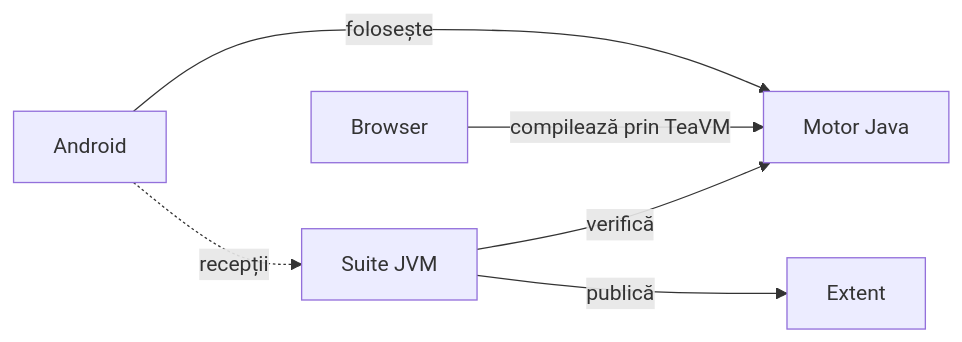
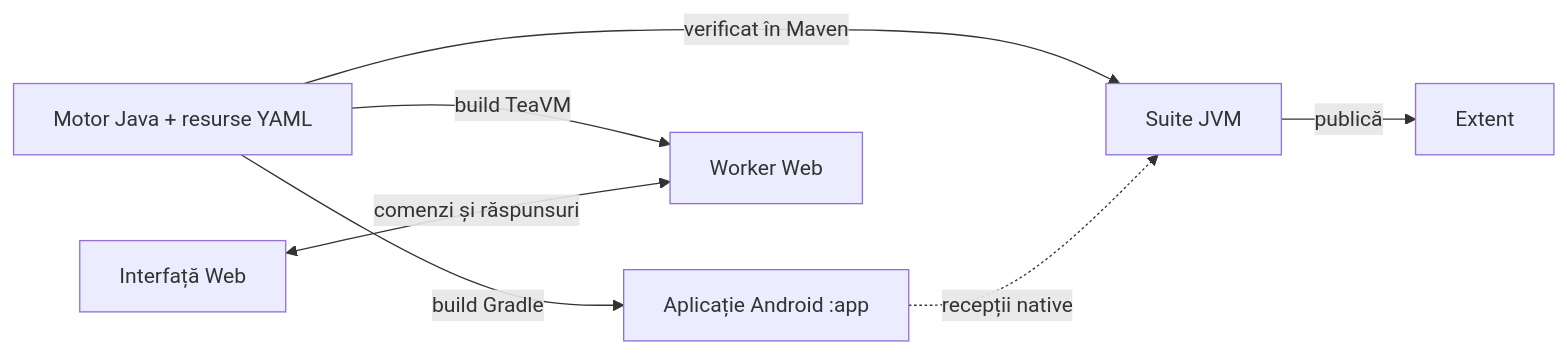
The diagram in README.md (crististefanita/atf_j7), drawn with Mermaid before and after one commit. The commit also changed 16 other files, not shown here.

````diff
--- a/README.md
+++ b/README.md
@@ -25,8 +25,9 @@
 ```mermaid
 flowchart LR
-    Android["Android"] -->|folosește| Core["Motor Java"]
-    Web["Browser"] -->|compilează prin TeaVM| Core
-    Tests["Suite JVM"] -->|verifică| Core
+    Core["Motor Java + resurse YAML"] -->|build Gradle| Android["Aplicație Android :app"]
+    Core -->|build TeaVM| Worker["Worker Web"]
+    Browser["Interfață Web"] <-->|comenzi și răspunsuri| Worker
+    Core -->|verificat în Maven| Tests["Suite JVM"]
     Tests -->|publică| Extent["Extent"]
-    Android -.->|recepții| Tests
+    Android -.->|recepții native| Tests
 ```
````
